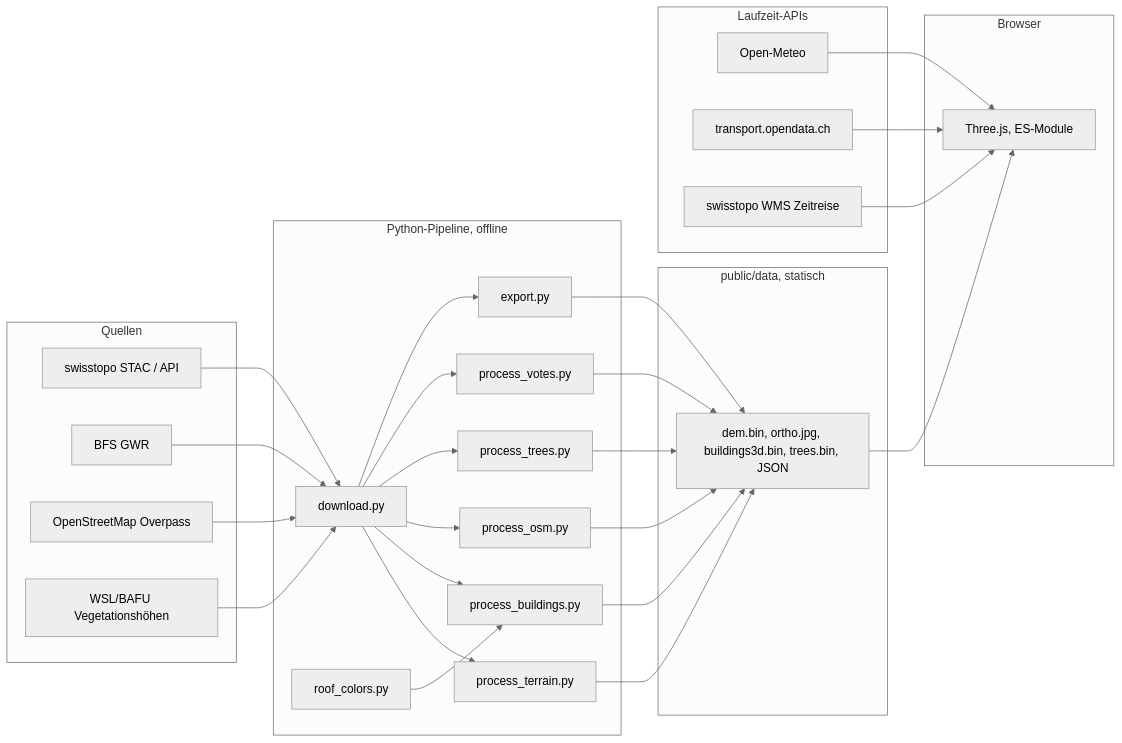
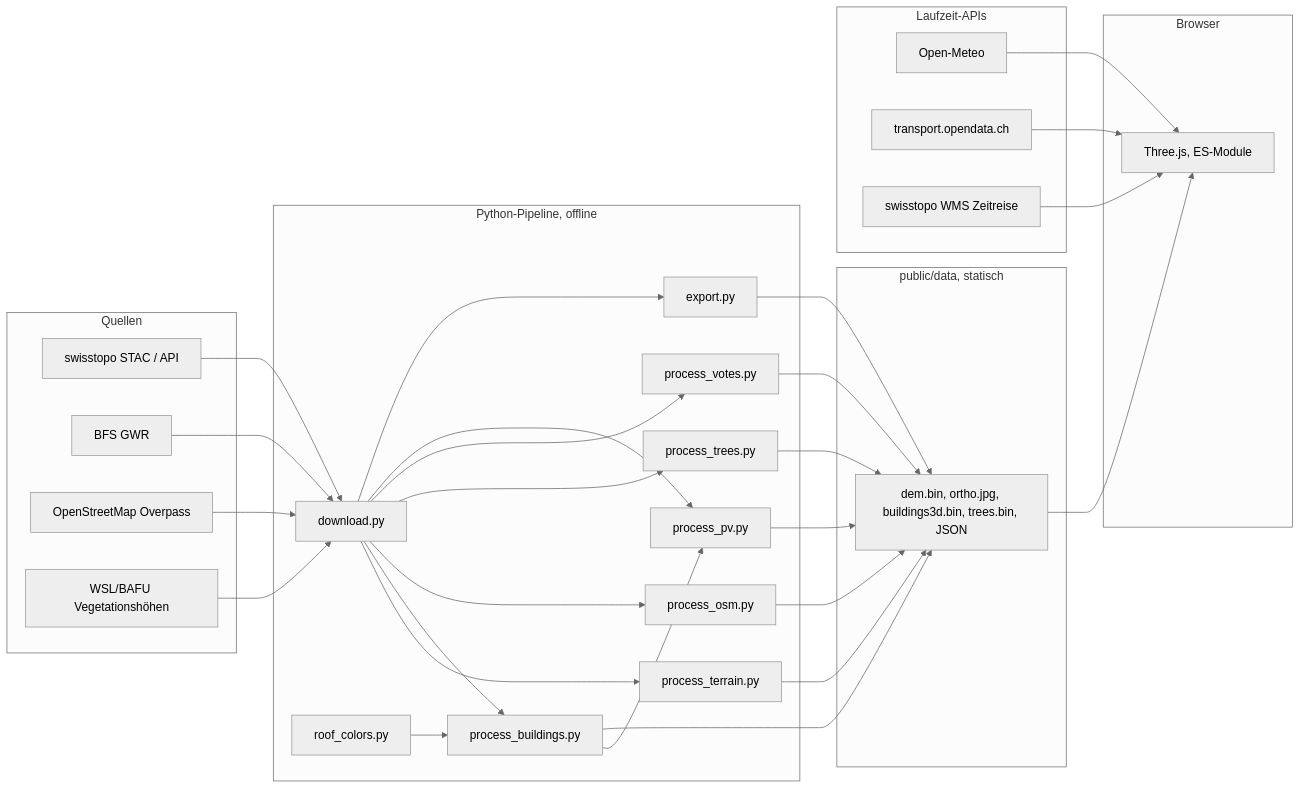
The diagram in docs/architecture.md (Zimphi75/brunnen-3d), drawn with Mermaid (neutral theme) before and after one commit. The commit also changed other lines of this file and 12 other files, not shown here.

````diff
--- a/docs/architecture.md
+++ b/docs/architecture.md
@@ -5,41 +5,43 @@
 ```mermaid
 flowchart LR
   subgraph Quellen
     S[swisstopo STAC / API]
     B[BFS GWR]
     O[OpenStreetMap Overpass]
     V[WSL/BAFU Vegetationshöhen]
   end
   subgraph Pipeline[Python-Pipeline, offline]
     D[download.py]
     T[process_terrain.py]
     G[process_buildings.py]
     M[process_osm.py]
     R[process_trees.py]
     Q[process_votes.py]
+    PV[process_pv.py]
     C[roof_colors.py]
     E[export.py]
   end
   subgraph Daten[public/data, statisch]
     F[dem.bin, ortho.jpg, buildings3d.bin, trees.bin, JSON]
   end
   subgraph Browser
     JS[Three.js, ES-Module]
   end
   subgraph Laufzeit-APIs
     W[Open-Meteo]
     P[transport.opendata.ch]
     Z[swisstopo WMS Zeitreise]
   end
   S --> D
   B --> D
   O --> D
   V --> D
-  D --> T & G & M & R & Q & E
+  D --> T & G & M & R & Q & PV & E
   C --> G
-  T & G & M & R & Q & E --> F
+  G --> PV
+  T & G & M & R & Q & PV & E --> F
   F --> JS
   W --> JS
   P --> JS
   Z --> JS
 ```
````
